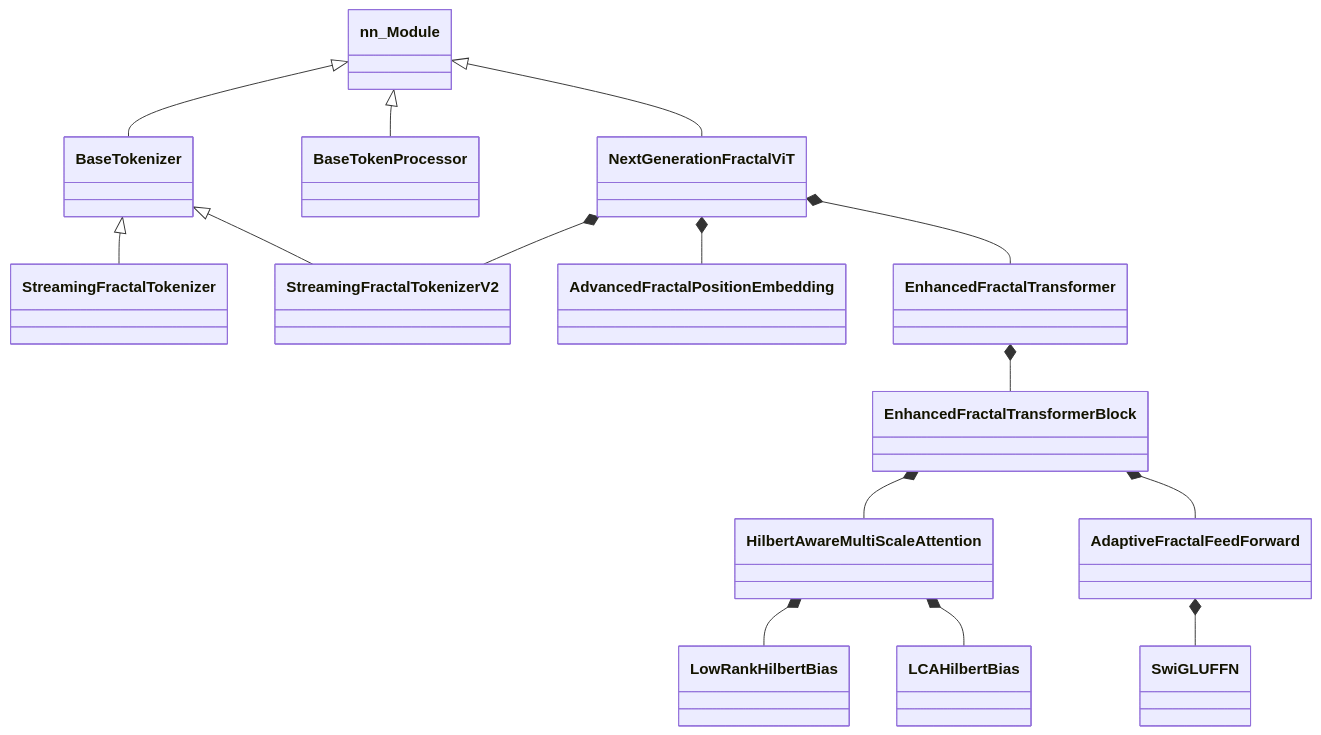
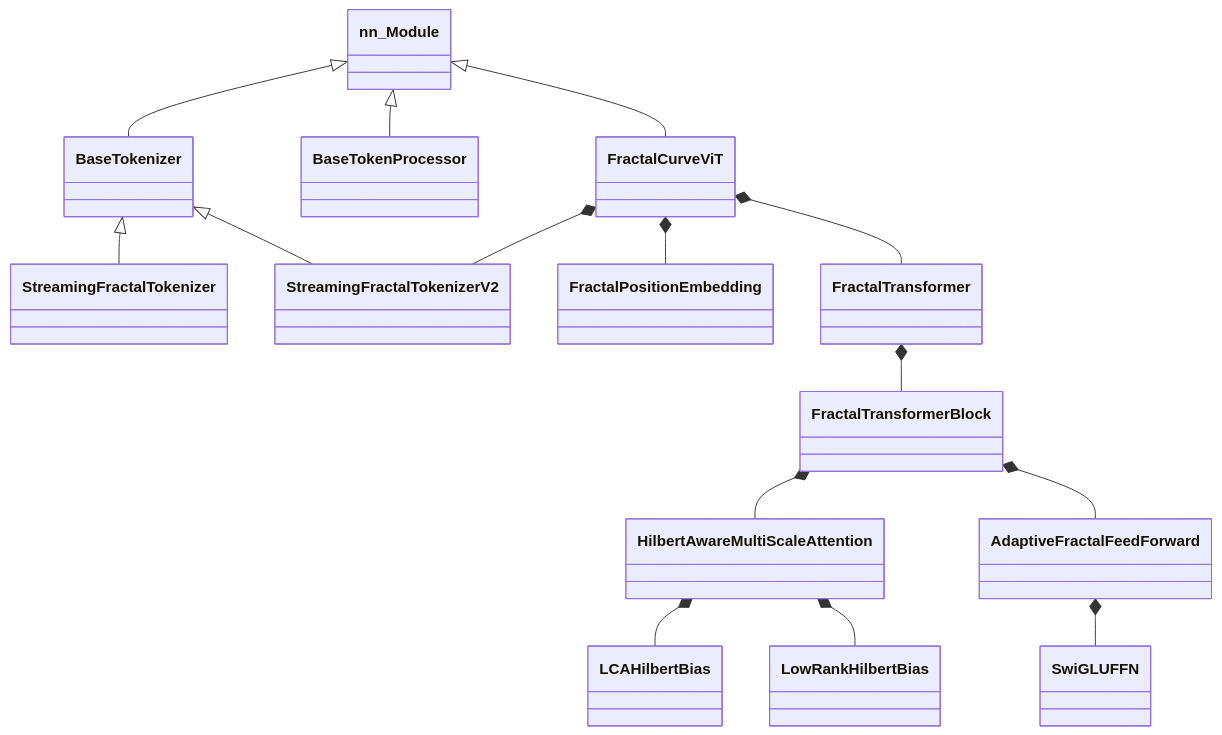
One commit to LoopyBrainie/fractal-curve-tokenizer changed the diagram in documents/appendix.md. Above: the diagram before and after it, drawn with Mermaid. The commit also changed other lines of this file and 8 other files, not shown here.

````diff
--- a/documents/appendix.md
+++ b/documents/appendix.md
@@ -5,21 +5,21 @@
 ```mermaid
 classDiagram
     nn_Module <|-- BaseTokenizer
     nn_Module <|-- BaseTokenProcessor
-    nn_Module <|-- NextGenerationFractalViT
+    nn_Module <|-- FractalCurveViT
 
     BaseTokenizer <|-- StreamingFractalTokenizer
     BaseTokenizer <|-- StreamingFractalTokenizerV2
 
-    NextGenerationFractalViT *-- StreamingFractalTokenizerV2
-    NextGenerationFractalViT *-- AdvancedFractalPositionEmbedding
-    NextGenerationFractalViT *-- EnhancedFractalTransformer
+    FractalCurveViT *-- StreamingFractalTokenizerV2
+    FractalCurveViT *-- FractalPositionEmbedding
+    FractalCurveViT *-- FractalTransformer
 
-    EnhancedFractalTransformer *-- EnhancedFractalTransformerBlock
-    EnhancedFractalTransformerBlock *-- HilbertAwareMultiScaleAttention
-    EnhancedFractalTransformerBlock *-- AdaptiveFractalFeedForward
+    FractalTransformer *-- FractalTransformerBlock
+    FractalTransformerBlock *-- HilbertAwareMultiScaleAttention
+    FractalTransformerBlock *-- AdaptiveFractalFeedForward
 
+    HilbertAwareMultiScaleAttention *-- LCAHilbertBias
     HilbertAwareMultiScaleAttention *-- LowRankHilbertBias
-    HilbertAwareMultiScaleAttention *-- LCAHilbertBias
     AdaptiveFractalFeedForward *-- SwiGLUFFN
 ```
````
